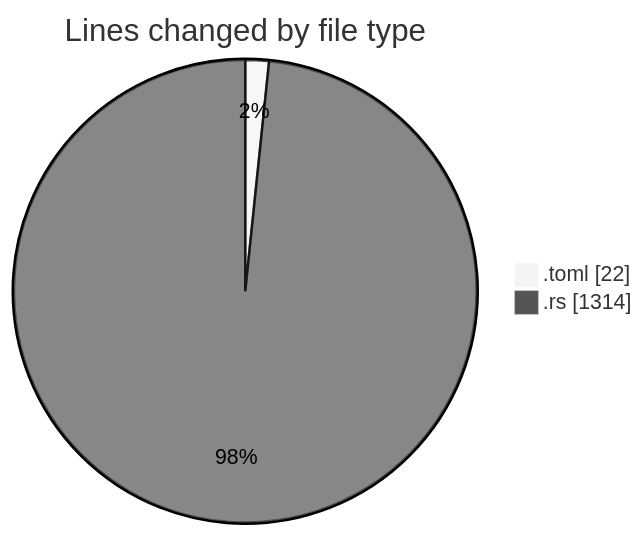
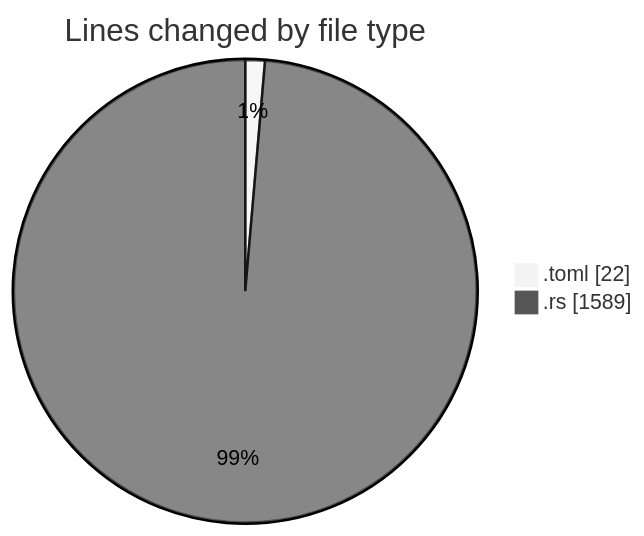
The first of 2 diagrams in 2025-01-02/3drust/README.md (ernivani/code-tracking), drawn with Mermaid (neutral theme) before and after one commit. The commit also changed other lines of this file and 2 other files, not shown here.

````diff
--- a/2025-01-02/3drust/README.md
+++ b/2025-01-02/3drust/README.md
@@ -22,6 +23,6 @@
 ```mermaid
 pie showData
 title Lines changed by file type
 ".toml" : 22
-".rs" : 1314
+".rs" : 1589
 ```
````
